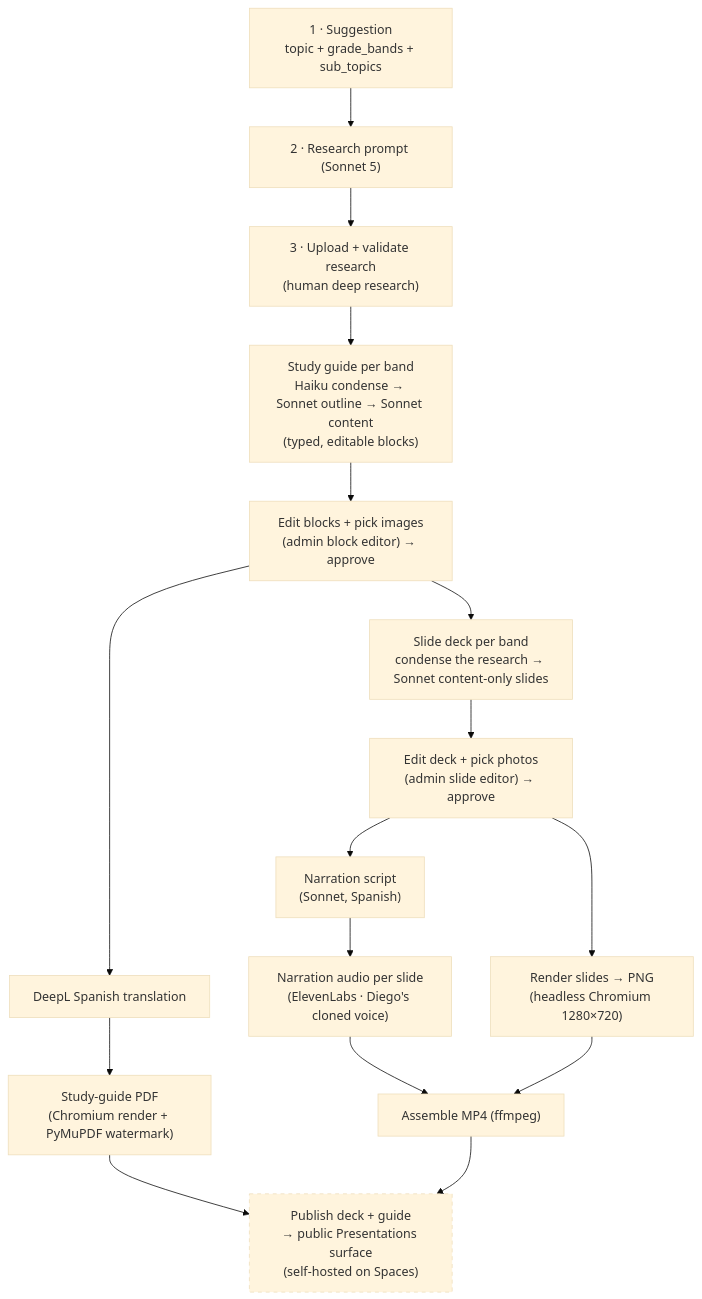
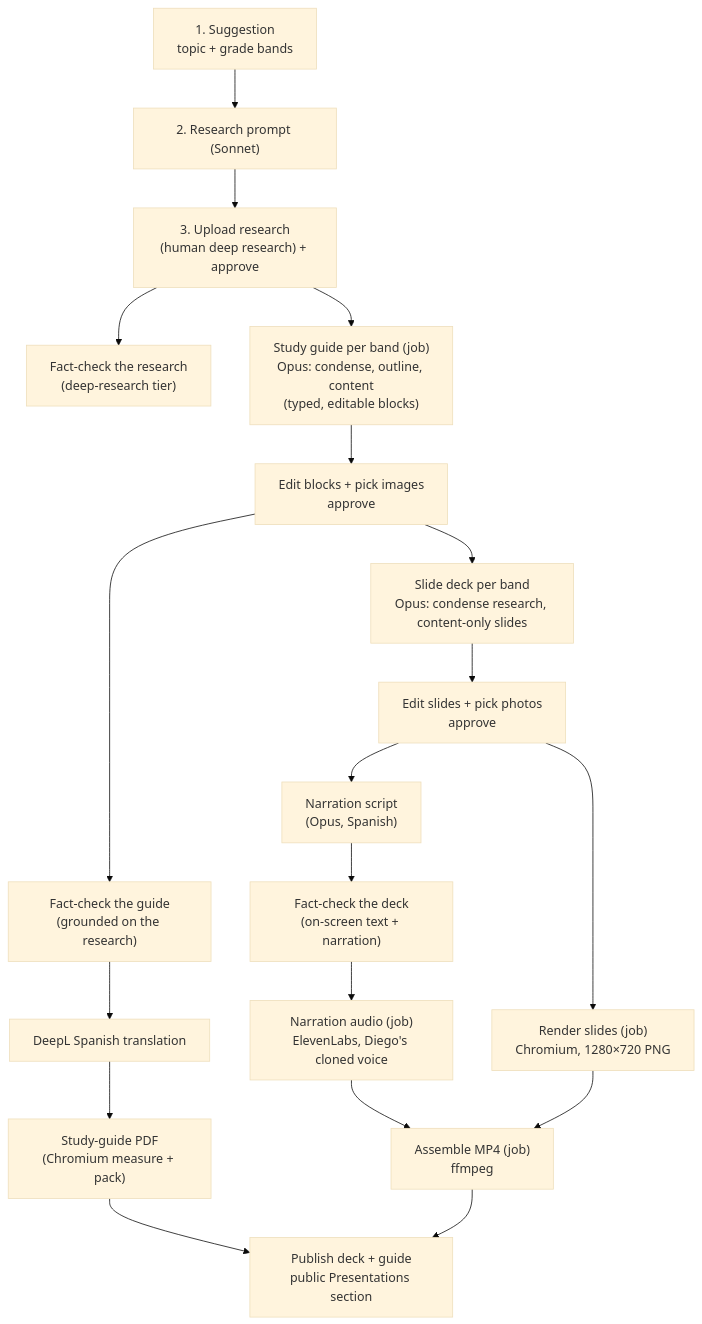
One commit to wanderindev/ai-powered-content-generation-engine changed the diagram in docs/04-educational-deliverables-pipeline.md. Above: the diagram before and after it, drawn with Mermaid (base theme). The commit also changed other lines of this file and 441 other files, not shown here.

````diff
--- a/docs/04-educational-deliverables-pipeline.md
+++ b/docs/04-educational-deliverables-pipeline.md
@@ -20,22 +22,24 @@
 ```mermaid
 flowchart TD
-    S1["1 · Suggestion<br/>topic + grade_bands + sub_topics"] --> S2["2 · Research prompt (Sonnet 5)"]
-    S2 --> S3["3 · Upload + validate research<br/>(human deep research)"]
+    S1["1. Suggestion<br/>topic + grade bands"] --> S2["2. Research prompt (Sonnet)"]
+    S2 --> S3["3. Upload research<br/>(human deep research) + approve"]
+    S3 --> FR["Fact-check the research<br/>(deep-research tier)"]
 
-    S3 --> G1["Study guide per band<br/>Haiku condense → Sonnet outline → Sonnet content<br/>(typed, editable blocks)"]
-    G1 --> G2["Edit blocks + pick images<br/>(admin block editor) → approve"]
-    G2 --> G3["DeepL Spanish translation"]
-    G3 --> G4["Study-guide PDF<br/>(Chromium render + PyMuPDF watermark)"]
+    S3 --> G1["Study guide per band (job)<br/>Opus: condense, outline, content<br/>(typed, editable blocks)"]
+    G1 --> G2["Edit blocks + pick images<br/>approve"]
+    G2 --> FG["Fact-check the guide<br/>(grounded on the research)"]
+    FG --> G3["DeepL Spanish translation"]
+    G3 --> G4["Study-guide PDF<br/>(Chromium measure + pack)"]
 
-    G2 --> D1["Slide deck per band<br/>condense the research → Sonnet content-only slides"]
-    D1 --> D2["Edit deck + pick photos<br/>(admin slide editor) → approve"]
-    D2 --> D3["Narration script<br/>(Sonnet, Spanish)"]
-    D3 --> D4["Narration audio per slide<br/>(ElevenLabs · Diego's cloned voice)"]
-    D2 --> D5["Render slides → PNG<br/>(headless Chromium 1280×720)"]
-    D4 --> D6["Assemble MP4 (ffmpeg)"]
+    G2 --> D1["Slide deck per band<br/>Opus: condense research, content-only slides"]
+    D1 --> D2["Edit slides + pick photos<br/>approve"]
+    D2 --> D3["Narration script<br/>(Opus, Spanish)"]
+    D3 --> FD["Fact-check the deck<br/>(on-screen text + narration)"]
+    FD --> D4["Narration audio (job)<br/>ElevenLabs, Diego's cloned voice"]
+    D2 --> D5["Render slides (job)<br/>Chromium, 1280×720 PNG"]
+    D4 --> D6["Assemble MP4 (job)<br/>ffmpeg"]
     D5 --> D6
 
-    G4 --> PUB["Publish deck + guide<br/>→ public Presentations surface<br/>(self-hosted on Spaces)"]
+    G4 --> PUB["Publish deck + guide<br/>public Presentations section"]
     D6 --> PUB
-    style PUB stroke-dasharray: 5 5
 ```
````
